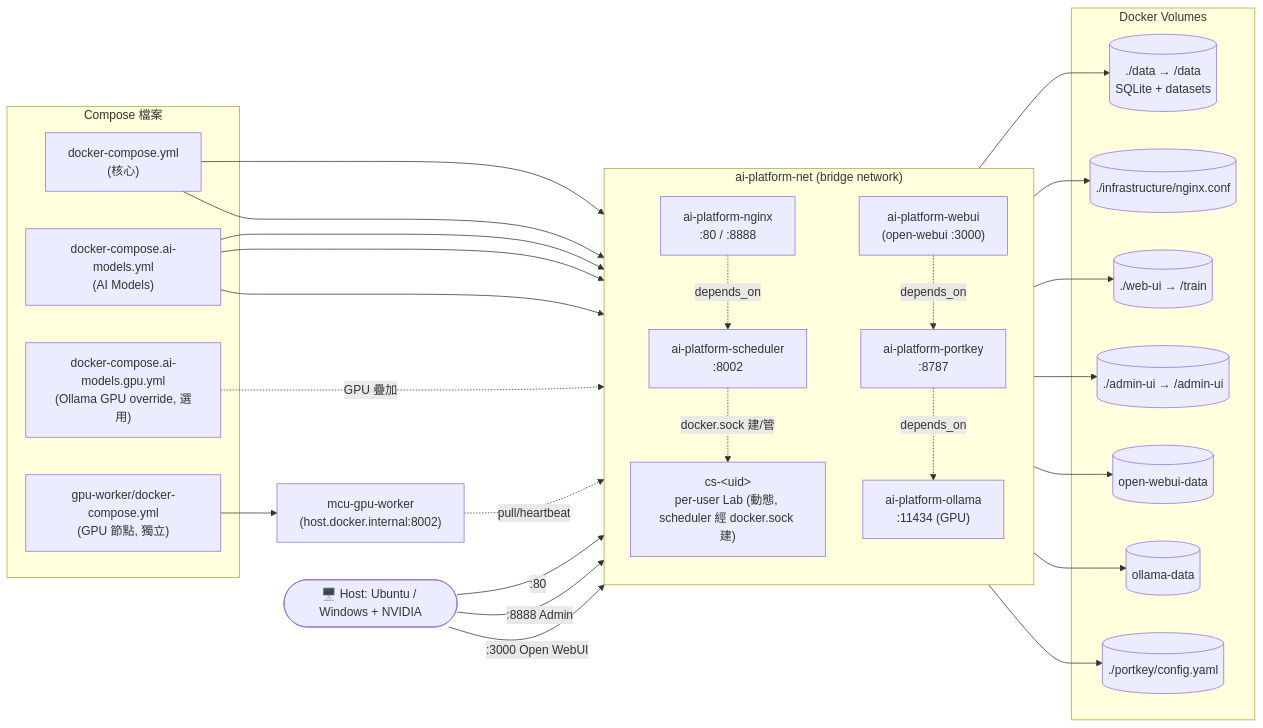
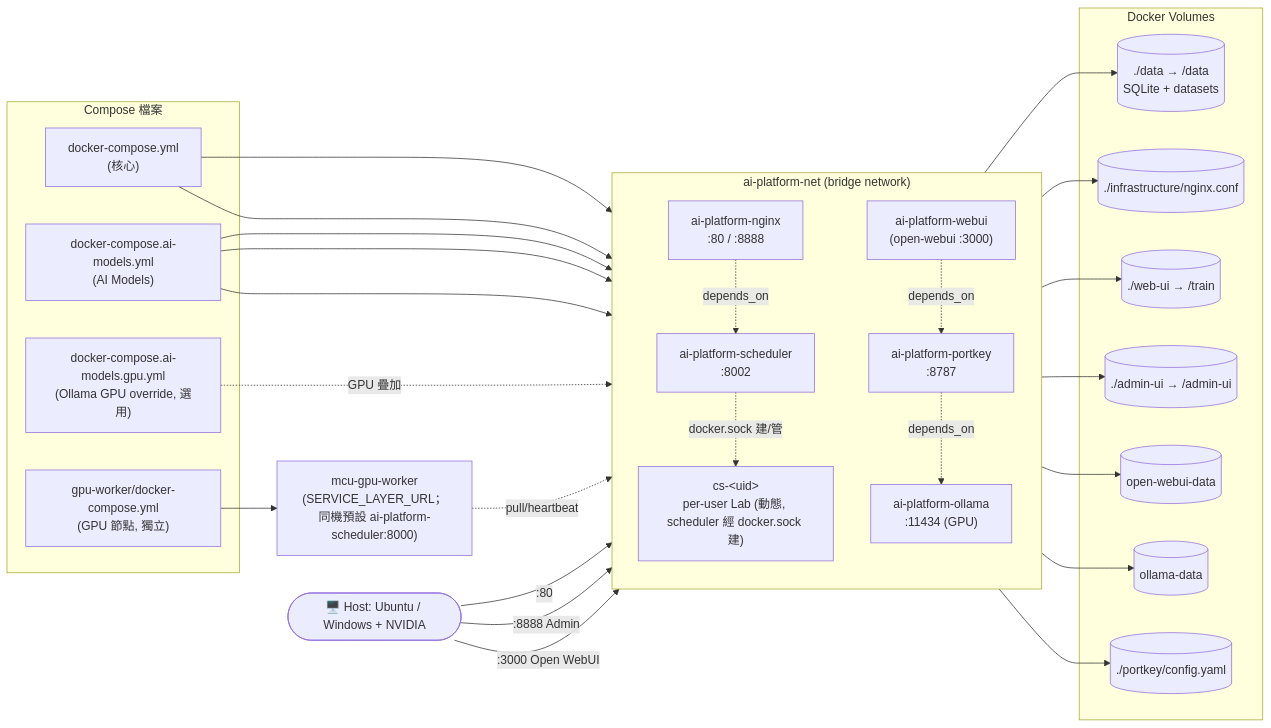
Before and after one commit to Lazywah/MingChuan-library-testing-projects: the seventh of 14 diagrams in docs/02-architecture.md, drawn with Mermaid. The commit also changed 3 other files, not shown here.

First line of the commit message:
docs: 統一其餘文件的 gpu-worker 啟動為 start-worker(收尾 step 3)

````diff
--- a/docs/02-architecture.md
+++ b/docs/02-architecture.md
@@ -456,57 +456,57 @@
 ```mermaid
 flowchart LR
     subgraph Net["ai-platform-net (bridge network)"]
         direction TB
         N1["ai-platform-nginx<br/>:80 / :8888"]
         N2["ai-platform-scheduler<br/>:8002"]
         N3["ai-platform-portkey<br/>:8787"]
         N4["ai-platform-ollama<br/>:11434 (GPU)"]
         N5["ai-platform-webui<br/>(open-webui :3000)"]
         N6["cs-&lt;uid&gt;<br/>per-user Lab (動態, scheduler 經 docker.sock 建)"]
     end
 
     subgraph Vols["Docker Volumes"]
         V1[("./data → /data<br/>SQLite + datasets")]
         V2[("./infrastructure/nginx.conf")]
         V3[("./web-ui → /train")]
         V4[("./admin-ui → /admin-ui")]
         V5[("open-webui-data")]
         V6[("ollama-data")]
         V7[("./portkey/config.yaml")]
     end
 
     subgraph Compose["Compose 檔案"]
         C1["docker-compose.yml<br/>(核心)"]
         C2["docker-compose.ai-models.yml<br/>(AI Models)"]
         C3["docker-compose.ai-models.gpu.yml<br/>(Ollama GPU override, 選用)"]
         C4["gpu-worker/docker-compose.yml<br/>(GPU 節點, 獨立)"]
     end
 
-    WK2["mcu-gpu-worker<br/>(host.docker.internal:8002)"]
+    WK2["mcu-gpu-worker<br/>(SERVICE_LAYER_URL；同機預設 ai-platform-scheduler:8000)"]
 
     C1 --> N1
     C1 --> N2
     C2 --> N3
     C2 --> N4
     C2 --> N5
     C3 -. "GPU 疊加" .-> N4
     C4 --> WK2
 
     N1 --> V2
     N1 --> V3
     N1 --> V4
     N2 --> V1
     N5 --> V5
     N4 --> V6
     N3 --> V7
     N2 -. "docker.sock 建/管" .-> N6
 
     N1 -. "depends_on" .-> N2
     N5 -. "depends_on" .-> N3
     N3 -. "depends_on" .-> N4
     WK2 -. "pull/heartbeat" .-> N2
 
     Host(["🖥️ Host: Ubuntu / Windows + NVIDIA"]) -->|":80"| N1
     Host -->|":8888 Admin"| N1
     Host -->|":3000 Open WebUI"| N5
 ```
````
